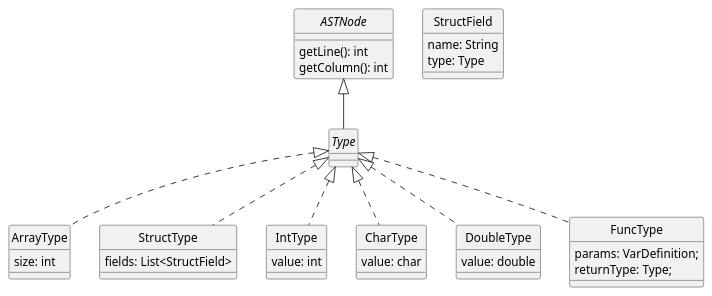
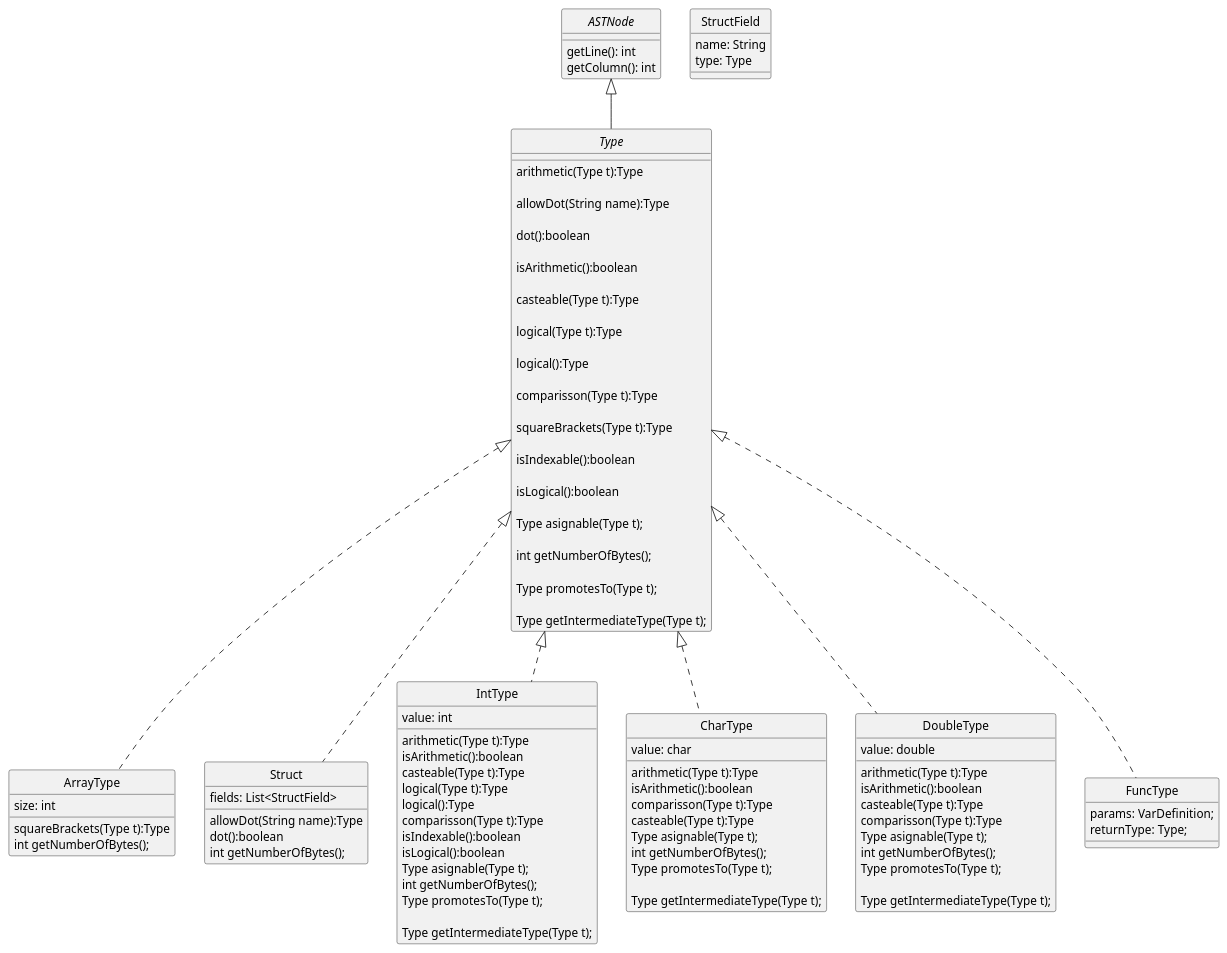
The diagram in docs/diagrams/types.plantuml (uo277440/dlp-compiler), drawn with PlantUML before and after one commit.

Commit message:
uml mejorado

```diff
--- a/docs/diagrams/types.plantuml
+++ b/docs/diagrams/types.plantuml
@@ -1,45 +1,113 @@
 @startuml Types
 skinparam style strictuml
 skinparam monochrome true
 
 interface ASTNode {
     getLine(): int
     getColumn(): int
 }
 class ArrayType{
     size: int
+    squareBrackets(Type t):Type
+    int getNumberOfBytes();
 }
-class StructType {
+class Struct {
     fields: List<StructField>
+    allowDot(String name):Type
+    dot():boolean
+    int getNumberOfBytes();
+
 }
 class StructField{
-name: String
-type: Type
+    name: String
+    type: Type
+
 }
 
-interface Type
+interface Type{
+   arithmetic(Type t):Type
+
+  allowDot(String name):Type
+
+  dot():boolean
+
+  isArithmetic():boolean
+
+  casteable(Type t):Type
+
+  logical(Type t):Type
+
+  logical():Type
+
+  comparisson(Type t):Type
+
+  squareBrackets(Type t):Type
+
+  isIndexable():boolean
+
+  isLogical():boolean
+
+  Type asignable(Type t);
+
+  int getNumberOfBytes();
+
+  Type promotesTo(Type t);
+
+  Type getIntermediateType(Type t);
+}
 
 ASTNode <|-- Type
 
 class IntType{
-value: int
+    value: int
+    arithmetic(Type t):Type
+    isArithmetic():boolean
+    casteable(Type t):Type
+    logical(Type t):Type
+    logical():Type
+    comparisson(Type t):Type
+    isIndexable():boolean
+    isLogical():boolean
+    Type asignable(Type t);
+    int getNumberOfBytes();
+    Type promotesTo(Type t);
+
+  Type getIntermediateType(Type t);
 }
 class CharType{
     value: char
+    arithmetic(Type t):Type
+    isArithmetic():boolean
+    comparisson(Type t):Type
+    casteable(Type t):Type
+    Type asignable(Type t);
+    int getNumberOfBytes();
+    Type promotesTo(Type t);
+
+  Type getIntermediateType(Type t);
         }
 class DoubleType{
-         value: double
+    value: double
+    arithmetic(Type t):Type
+    isArithmetic():boolean
+    casteable(Type t):Type
+    comparisson(Type t):Type
+    Type asignable(Type t);
+    int getNumberOfBytes();
+    Type promotesTo(Type t);
+
+      Type getIntermediateType(Type t);
       }
 class FuncType{
 params: VarDefinition;
 returnType: Type;
 }
 
 Type <|.. IntType
 Type <|.. CharType
 Type <|.. DoubleType
 Type <|.. FuncType
-Type <|.. StructType
+Type <|.. Struct
 Type <|.. ArrayType
 
 @enduml
```
